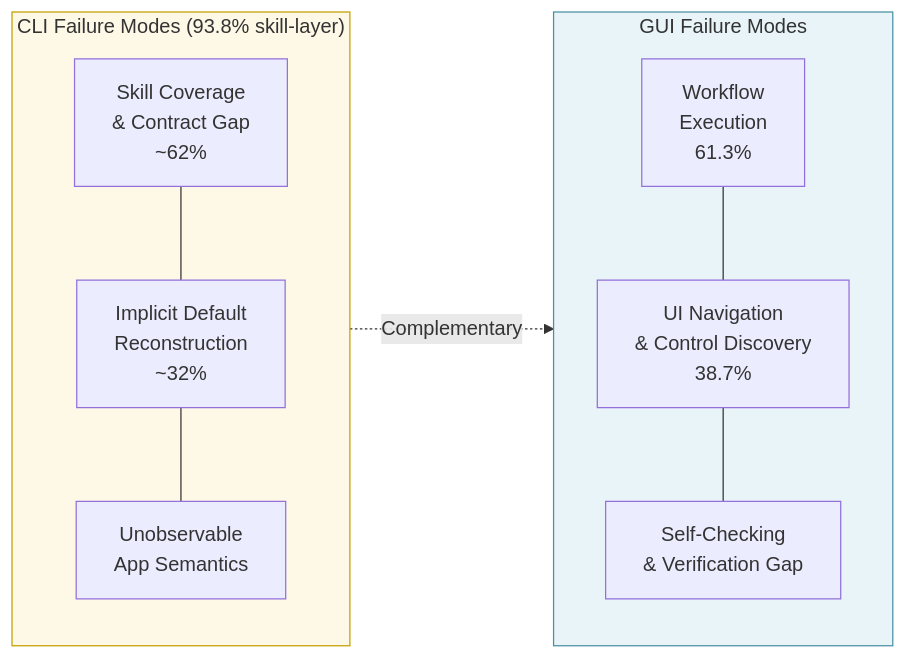
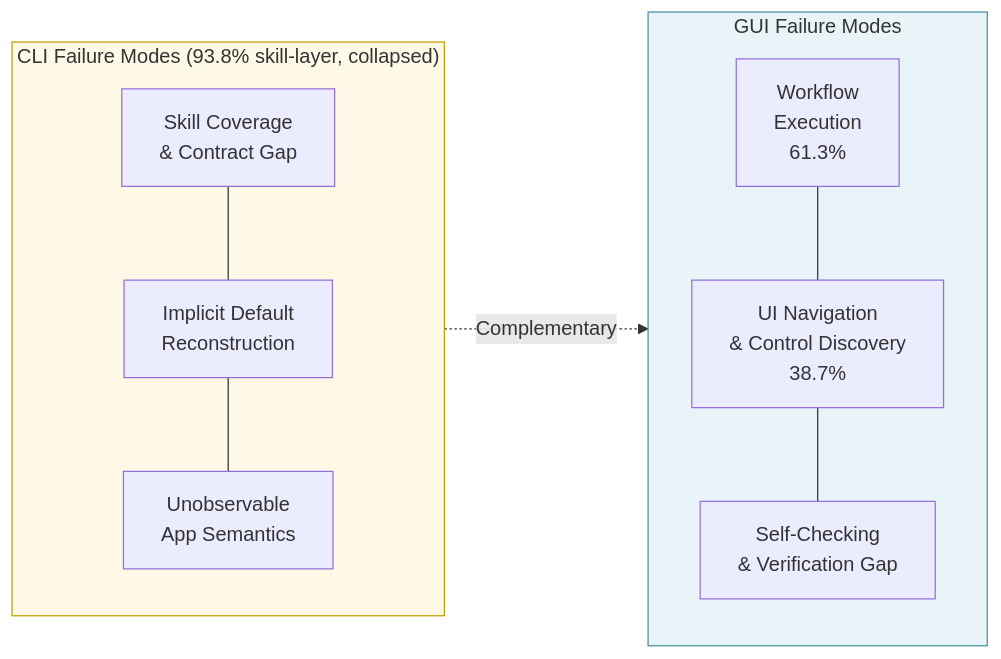
The fourth of 4 diagrams in papers/2026-gui-vs-cli-execution-bottlenecks-in/breakdown.md (acailic/paper-implementer), drawn with Mermaid before and after one commit. The commit also changed other lines of this file and 5 other files, not shown here.

Commit message:
gnhf 1: Verified the gui-vs-cli breakdown against the source PDF and corrected a heavily garbled per-workflow results table plus an invented CLI failure sub-split, replacing them with verbatim Table 1/Table 2 data and recomputed modality winners.

````diff
--- a/papers/2026-gui-vs-cli-execution-bottlenecks-in/breakdown.md
+++ b/papers/2026-gui-vs-cli-execution-bottlenecks-in/breakdown.md
@@ -342,21 +398,21 @@
 ```mermaid
 flowchart LR
-    subgraph CLI_failures["CLI Failure Modes (93.8% skill-layer)"]
-        F1["Skill Coverage<br/>& Contract Gap<br/>~62%"]
-        F2["Implicit Default<br/>Reconstruction<br/>~32%"]
+    subgraph CLI_failures["CLI Failure Modes (93.8% skill-layer, collapsed)"]
+        F1["Skill Coverage<br/>& Contract Gap"]
+        F2["Implicit Default<br/>Reconstruction"]
         F3["Unobservable<br/>App Semantics"]
         F1 --- F2 --- F3
     end
 
     subgraph GUI_failures["GUI Failure Modes"]
         G1["Workflow<br/>Execution<br/>61.3%"]
         G2["UI Navigation<br/>& Control Discovery<br/>38.7%"]
         G3["Self-Checking<br/>& Verification Gap"]
         G1 --- G2 --- G3
     end
 
     CLI_failures -.->|"Complementary"| GUI_failures
 
     style CLI_failures fill:#fef9e7,stroke:#c4a000
     style GUI_failures fill:#e8f4f8,stroke:#4a90a4
 ```
````
